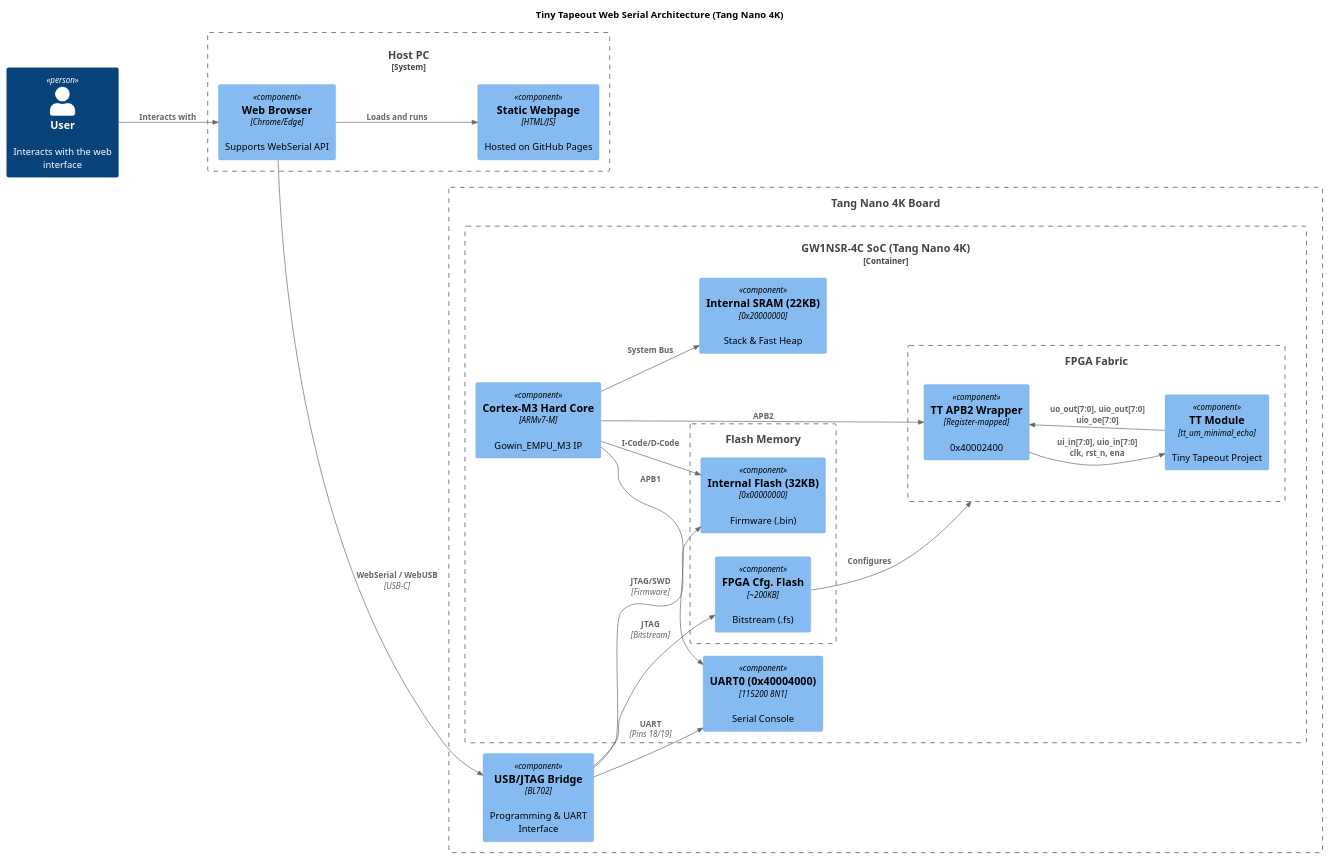
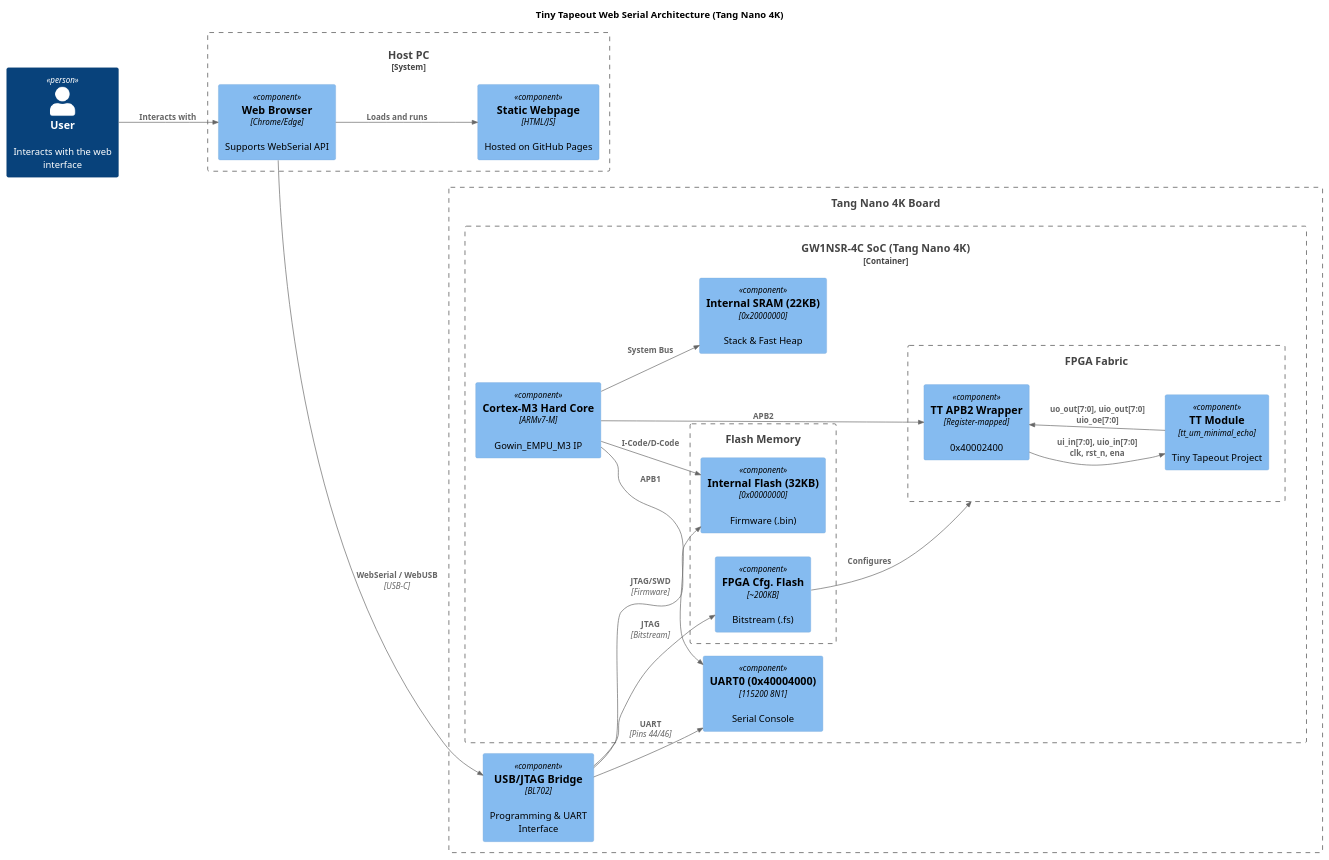
Before and after one commit to chatelao/tiny-tapeout-web-uart-tang-nano: the diagram in architecture.puml, drawn with PlantUML. The commit also changed 7 other files, not shown here.

```diff
--- a/architecture.puml
+++ b/architecture.puml
@@ -1,52 +1,52 @@
 @startuml architecture
 !include https://raw.githubusercontent.com/plantuml-stdlib/C4-PlantUML/master/C4_Component.puml
 
 LAYOUT_LEFT_RIGHT()
 
 title Tiny Tapeout Web Serial Architecture (Tang Nano 4K)
 
 Person(user, "User", "Interacts with the web interface")
 
 System_Boundary(host, "Host PC") {
     Component(browser, "Web Browser", "Chrome/Edge", "Supports WebSerial API")
     Component(web_page, "Static Webpage", "HTML/JS", "Hosted on GitHub Pages")
     Rel(browser, web_page, "Loads and runs")
 }
 
 Boundary(board, "Tang Nano 4K Board") {
     Component(bridge, "USB/JTAG Bridge", "BL702", "Programming & UART Interface")
 
     Container_Boundary(soc, "GW1NSR-4C SoC (Tang Nano 4K)") {
         Component(m3, "Cortex-M3 Hard Core", "ARMv7-M", "Gowin_EMPU_M3 IP")
 
         Boundary(fabric, "FPGA Fabric") {
             Component(tt_wrapper, "TT APB2 Wrapper", "Register-mapped", "0x40002400")
             Component(tt_module, "TT Module", "tt_um_minimal_echo", "Tiny Tapeout Project")
 
             Rel(tt_wrapper, tt_module, "ui_in[7:0], uio_in[7:0]\nclk, rst_n, ena")
             Rel(tt_module, tt_wrapper, "uo_out[7:0], uio_out[7:0]\nuio_oe[7:0]")
         }
 
         Boundary(flash, "Flash Memory") {
             Component(int_flash, "Internal Flash (32KB)", "0x00000000", "Firmware (.bin)")
             Component(cfg_flash, "FPGA Cfg. Flash", "~200KB", "Bitstream (.fs)")
         }
 
         Component(int_sram, "Internal SRAM (22KB)", "0x20000000", "Stack & Fast Heap")
         Component(uart0, "UART0 (0x40004000)", "115200 8N1", "Serial Console")
 
         Rel(m3, int_flash, "I-Code/D-Code")
         Rel(m3, int_sram, "System Bus")
         Rel(m3, uart0, "APB1")
         Rel(m3, tt_wrapper, "APB2")
         Rel(cfg_flash, fabric, "Configures")
     }
 }
 
 Rel(user, browser, "Interacts with")
 Rel(browser, bridge, "WebSerial / WebUSB", "USB-C")
-Rel(bridge, uart0, "UART", "Pins 18/19")
+Rel(bridge, uart0, "UART", "Pins 44/46")
 Rel(bridge, int_flash, "JTAG/SWD", "Firmware")
 Rel(bridge, cfg_flash, "JTAG", "Bitstream")
 
 @enduml
```
